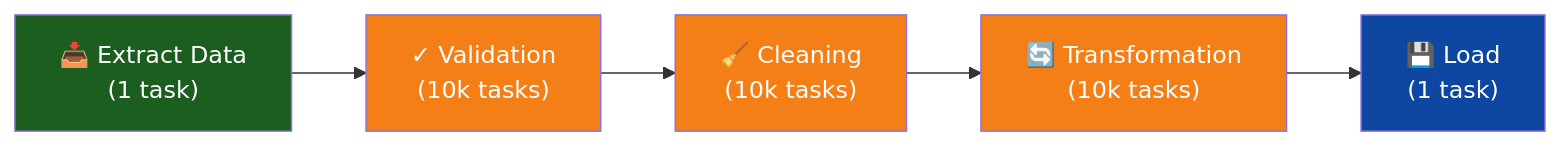
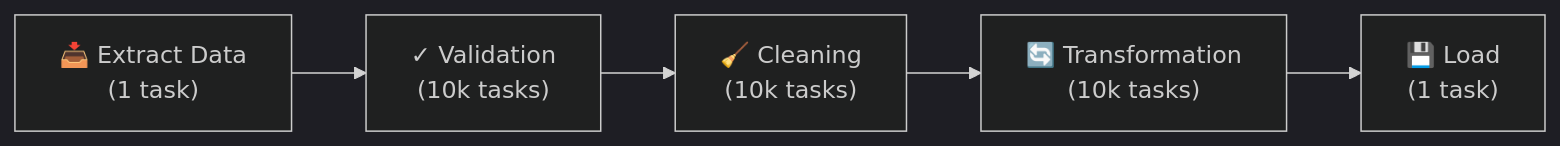
The third of 13 diagrams in README.md (Singularity-ng/singularity-workflows), drawn with Mermaid before and after one commit. The commit also changed other lines of this file, not shown here.

First line of the commit message:
Use Mermaid's built-in dark theme for all diagrams

````diff
--- a/README.md
+++ b/README.md
@@ -94,13 +82,8 @@
 ```mermaid
+%%{init: {'theme':'dark'}}%%
 graph LR
     A["📥 Extract Data<br/>(1 task)"] --> B["✓ Validation<br/>(10k tasks)"]
     B --> C["🧹 Cleaning<br/>(10k tasks)"]
     C --> D["🔄 Transformation<br/>(10k tasks)"]
     D --> E["💾 Load<br/>(1 task)"]
-
-    style A fill:#1b5e20,color:#fff
-    style B fill:#f57f17,color:#fff
-    style C fill:#f57f17,color:#fff
-    style D fill:#f57f17,color:#fff
-    style E fill:#0d47a1,color:#fff
 ```
````
